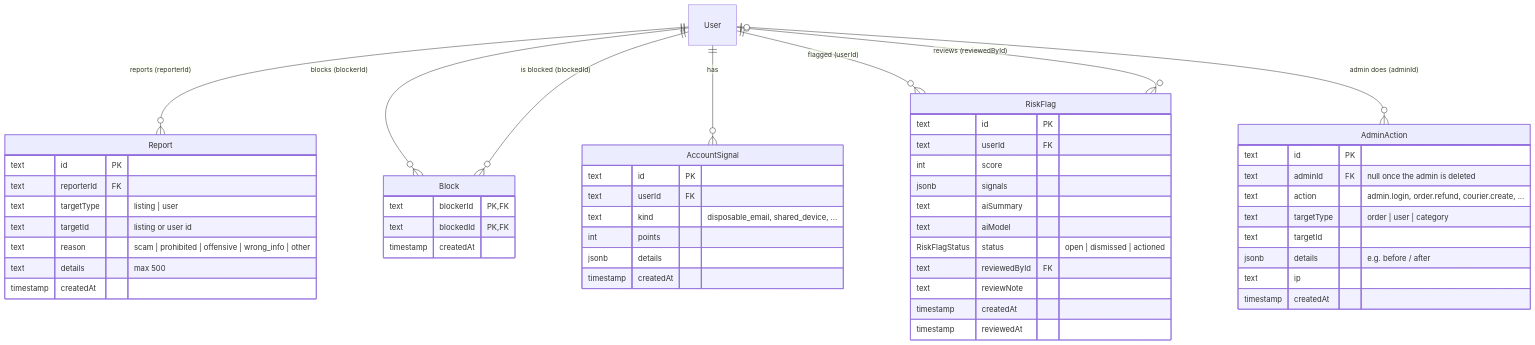
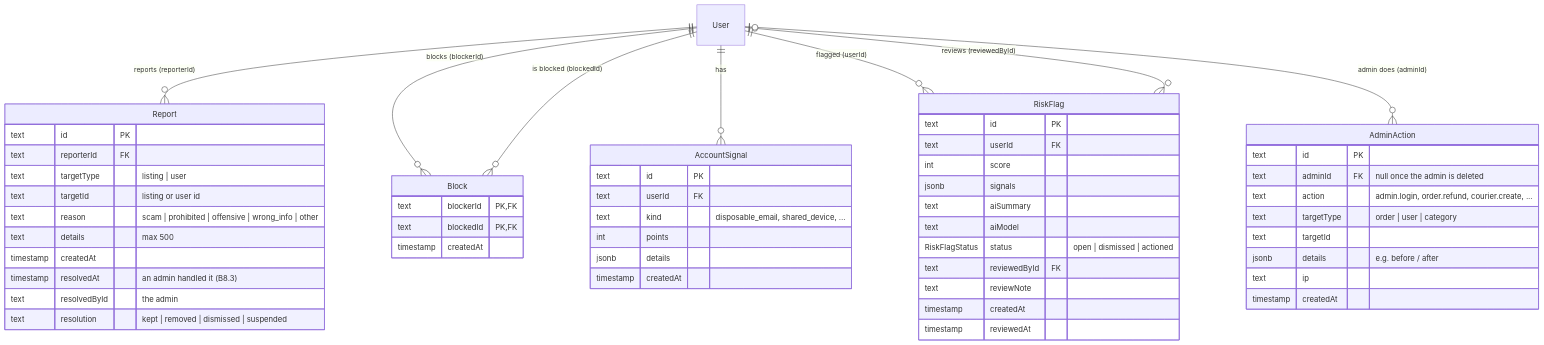
The sixth of 6 diagrams in docs/DATABASE.md (mustafa-kilany/madmoon-deals), drawn with Mermaid before and after one commit. The commit also changed other lines of this file and 30 other files, not shown here.

````diff
--- a/docs/DATABASE.md
+++ b/docs/DATABASE.md
@@ -427,55 +427,58 @@
 ```mermaid
 erDiagram
   User ||--o{ Report : "reports (reporterId)"
   User ||--o{ Block : "blocks (blockerId)"
   User ||--o{ Block : "is blocked (blockedId)"
   User ||--o{ AccountSignal : "has"
   User ||--o{ RiskFlag : "flagged (userId)"
   User |o--o{ RiskFlag : "reviews (reviewedById)"
   User |o--o{ AdminAction : "admin does (adminId)"
   Report {
     text id PK
     text reporterId FK
     text targetType "listing | user"
     text targetId "listing or user id"
     text reason "scam | prohibited | offensive | wrong_info | other"
     text details "max 500"
     timestamp createdAt
+    timestamp resolvedAt "an admin handled it (B8.3)"
+    text resolvedById "the admin"
+    text resolution "kept | removed | dismissed | suspended"
   }
   Block {
     text blockerId PK,FK
     text blockedId PK,FK
     timestamp createdAt
   }
   AccountSignal {
     text id PK
     text userId FK
     text kind "disposable_email, shared_device, ..."
     int points
     jsonb details
     timestamp createdAt
   }
   RiskFlag {
     text id PK
     text userId FK
     int score
     jsonb signals
     text aiSummary
     text aiModel
     RiskFlagStatus status "open | dismissed | actioned"
     text reviewedById FK
     text reviewNote
     timestamp createdAt
     timestamp reviewedAt
   }
   AdminAction {
     text id PK
     text adminId FK "null once the admin is deleted"
     text action "admin.login, order.refund, courier.create, ..."
     text targetType "order | user | category"
     text targetId
     jsonb details "e.g. before / after"
     text ip
     timestamp createdAt
   }
 ```
````
